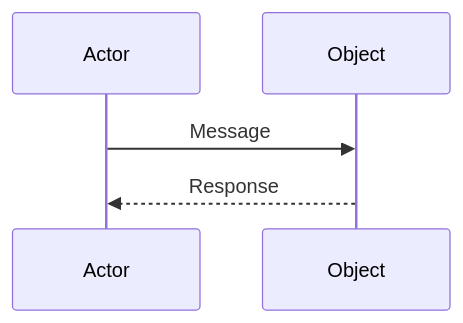
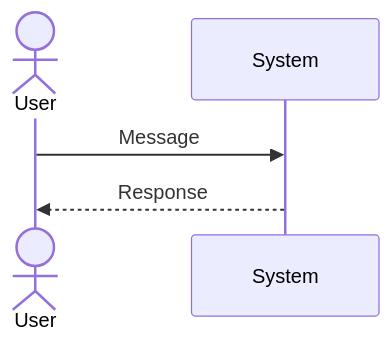
One commit to Tanishrana22/UML-diagram changed the second of 8 diagrams in SequenceDiagram.md. Above: the diagram before and after it, drawn with Mermaid. The commit also changed other lines of this file, not shown here.

Commit message:
Removed SequenceDiagram.md

````diff
--- a/SequenceDiagram.md
+++ b/SequenceDiagram.md
@@ -57,7 +113,8 @@
 ```mermaid
 sequenceDiagram
-    participant A as Actor
-    participant B as Object
-    A->>B: Message
-    B-->>A: Response
+actor User
+participant System
+
+User ->> System: Message
+System -->> User: Response
 ```
````
